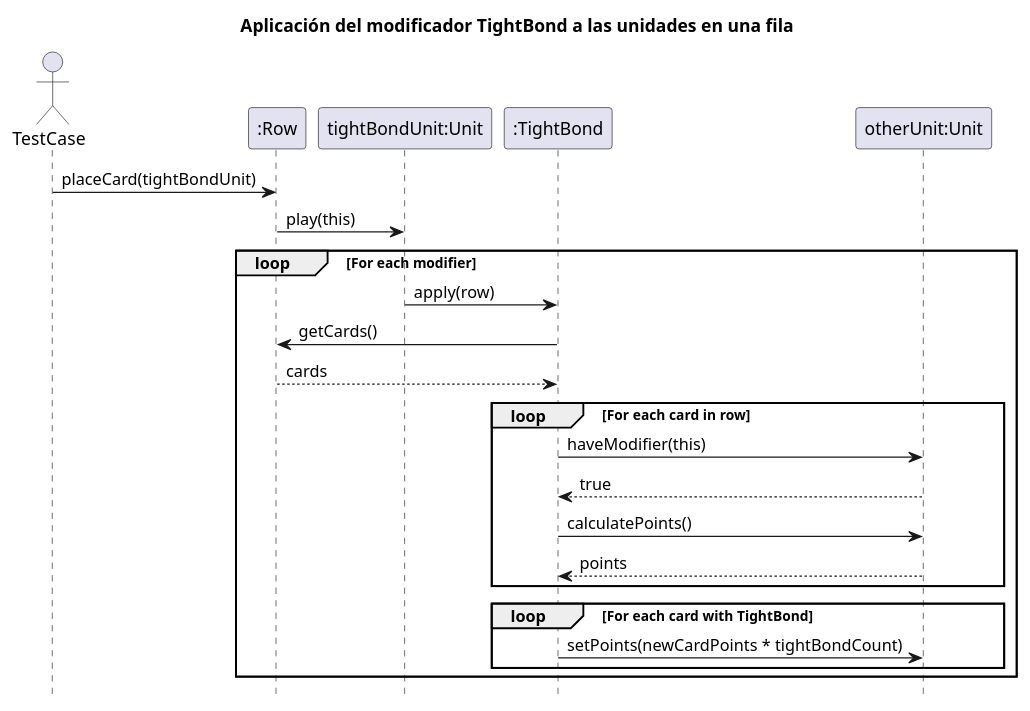
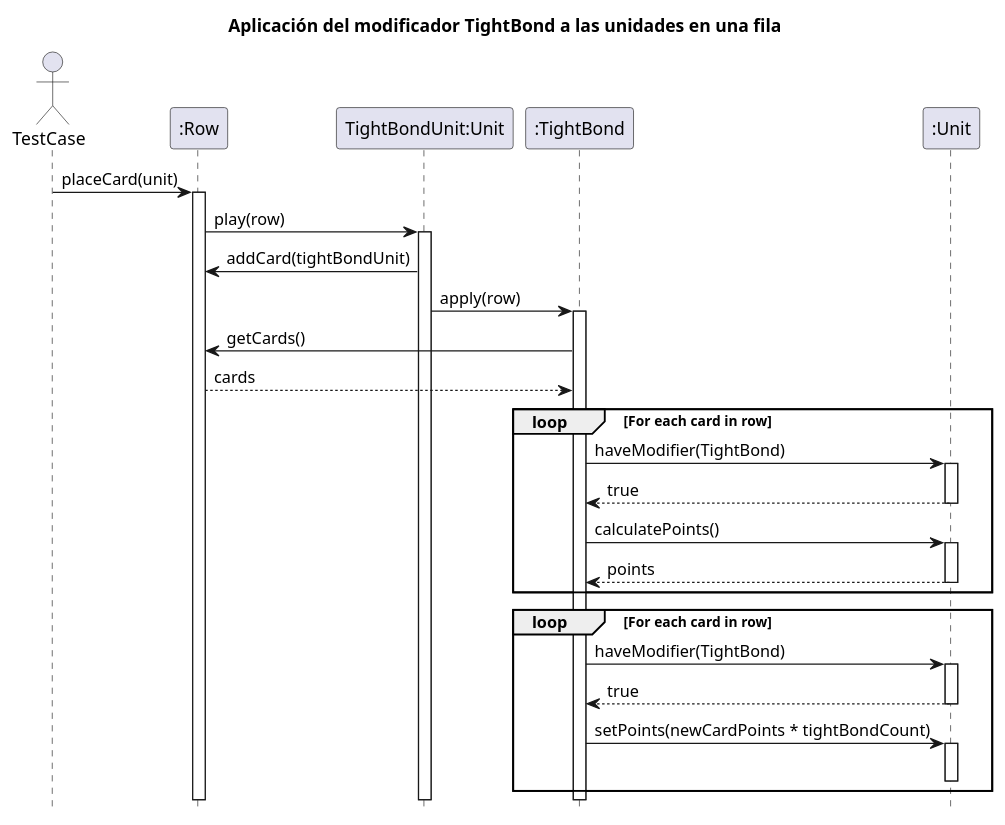
The diagram in diagrams/sequences/AplicarTightBond.plantuml (Yonhir/algo3_proyecto_base_tp2), drawn with PlantUML before and after one commit. The commit also changed 15 other files, not shown here.

Commit message:
update diagrams

```diff
--- a/diagrams/sequences/AplicarTightBond.plantuml
+++ b/diagrams/sequences/AplicarTightBond.plantuml
@@ -1,33 +1,47 @@
 @startuml
 
 hide footbox
 title Aplicación del modificador TightBond a las unidades en una fila
 
 actor TestCase
 
 participant ":Row" as row
-participant "tightBondUnit:Unit" as tightBondUnit
+participant "TightBondUnit:Unit" as tightBondUnit
 participant ":TightBond" as tightBond
-participant "otherUnit:Unit" as otherUnit
+participant ":Unit" as otherUnits
 
-TestCase -> row: placeCard(tightBondUnit)
-row -> tightBondUnit: play(this)
+TestCase -> row: placeCard(unit)
+    activate row
+    row -> tightBondUnit: play(row)
+        activate tightBondUnit
+        tightBondUnit -> row: addCard(tightBondUnit)
+        tightBondUnit -> tightBond: apply(row)
+            activate tightBond
+            tightBond -> row: getCards()
+            row --> tightBond: cards
 
-loop For each modifier
-    tightBondUnit -> tightBond : apply(row)
-    tightBond -> row : getCards()
-    row --> tightBond : cards
+            loop For each card in row
+                tightBond -> otherUnits: haveModifier(TightBond)
+                    activate otherUnits
+                    otherUnits --> tightBond: true
+                    deactivate otherUnits
+                    tightBond -> otherUnits: calculatePoints()
+                        activate otherUnits
+                        otherUnits --> tightBond: points
+                        deactivate otherUnits
+            end
 
-    loop For each card in row
-        tightBond -> otherUnit : haveModifier(this)
-        otherUnit --> tightBond : true
-        tightBond -> otherUnit : calculatePoints()
-        otherUnit --> tightBond : points
-    end
-
-    loop For each card with TightBond
-        tightBond -> otherUnit : setPoints(newCardPoints * tightBondCount)
-    end
-end
+            loop For each card in row
+                tightBond -> otherUnits: haveModifier(TightBond)
+                    activate otherUnits
+                    otherUnits --> tightBond: true
+                    deactivate otherUnits
+                    tightBond -> otherUnits: setPoints(newCardPoints * tightBondCount)
+                        activate otherUnits
+                        deactivate otherUnits
+            end
+            deactivate tightBond
+        deactivate tightBondUnit
+    deactivate row
 
 @enduml
```
